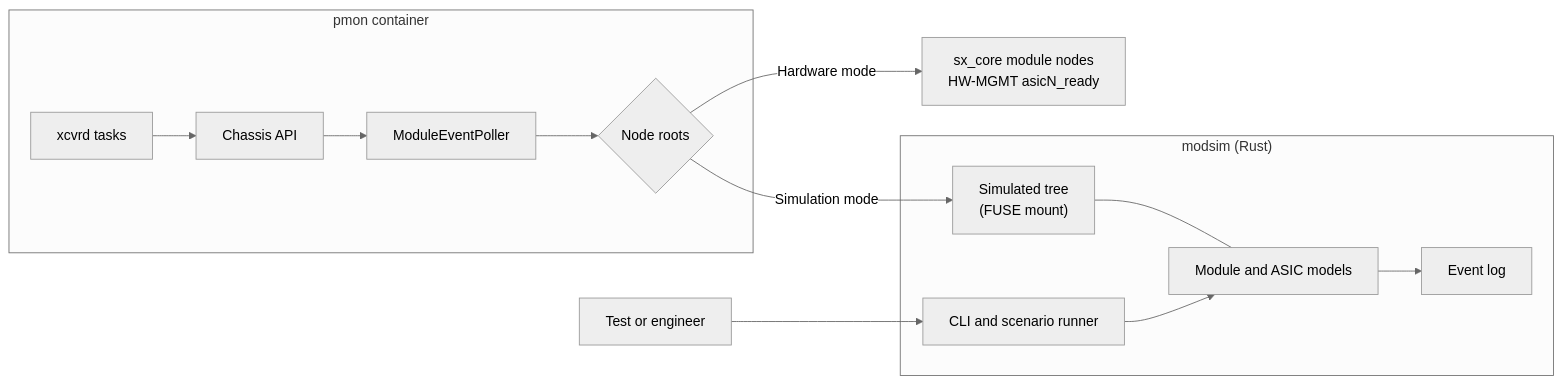
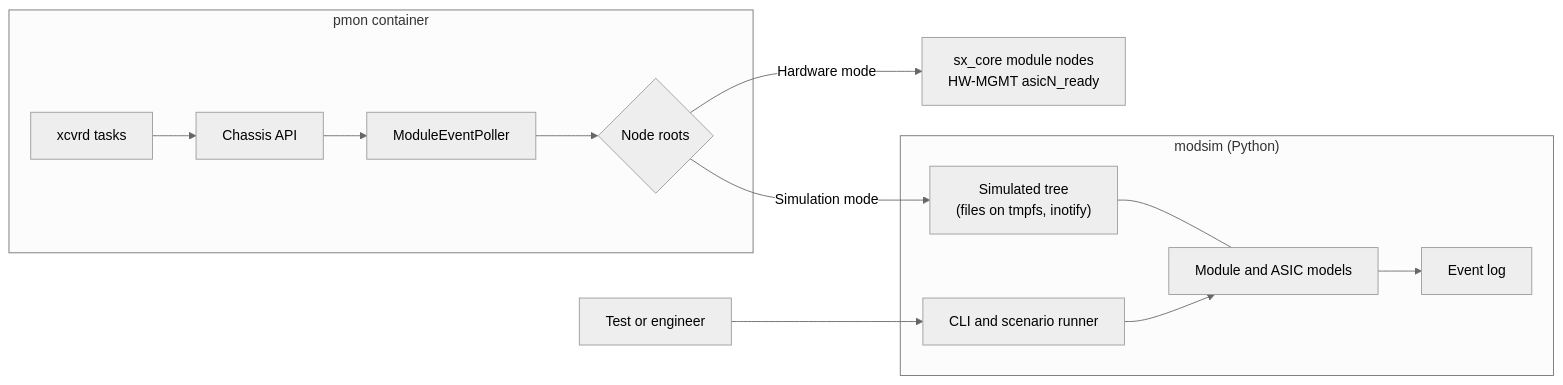
Before and after one commit to sonic-net/SONiC: the sixth of 7 diagrams in doc/module-change-event-refactor/module-change-event-refactor-hld.md, drawn with Mermaid (neutral theme). The commit also changed other lines of this file, not shown here.

First line of the commit message:
doc: Align the polling stages and use a Python simulator

````diff
--- a/doc/module-change-event-refactor/module-change-event-refactor-hld.md
+++ b/doc/module-change-event-refactor/module-change-event-refactor-hld.md
@@ -327,16 +336,16 @@
 ```mermaid
 flowchart LR
     subgraph pmon["pmon container"]
         xcvrd["xcvrd tasks"] --> chassis["Chassis API"]
         chassis --> poller["ModuleEventPoller"]
         poller --> roots{"Node roots"}
     end
     roots -->|Hardware mode| hw["sx_core module nodes<br/>HW-MGMT asicN_ready"]
-    roots -->|Simulation mode| fs["Simulated tree<br/>(FUSE mount)"]
-    subgraph sim["modsim (Rust)"]
+    roots -->|Simulation mode| fs["Simulated tree<br/>(files on tmpfs, inotify)"]
+    subgraph sim["modsim (Python)"]
         fs --- model["Module and ASIC models"]
         cli["CLI and scenario runner"] --> model
         model --> log["Event log"]
     end
     test["Test or engineer"] --> cli
 ```
````
